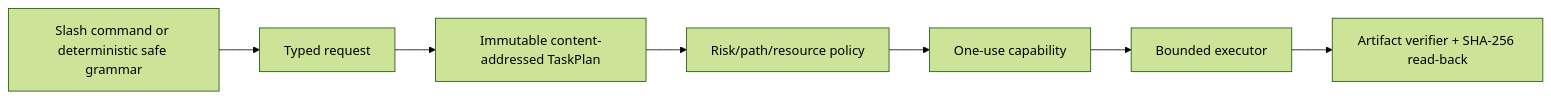
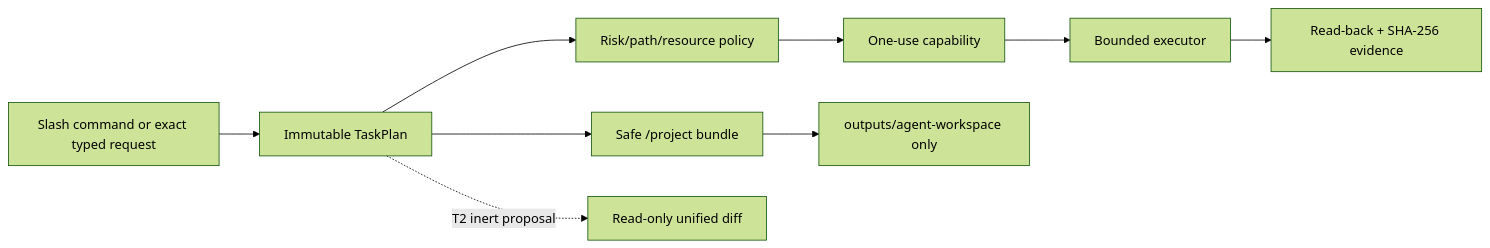
Before and after one commit to heosanghun/Cogni-OS-2.0: the third of 4 diagrams in docs/ARCHITECTURE.md, drawn with Mermaid (forest theme). The commit also changed other lines of this file and 64 other files, not shown here.

````diff
--- a/docs/ARCHITECTURE.md
+++ b/docs/ARCHITECTURE.md
@@ -116,12 +241,11 @@
 ```mermaid
 flowchart LR
-    TEXT["Slash command or deterministic safe grammar"]
-    REQUEST["Typed request"]
-    PLAN["Immutable content-addressed TaskPlan"]
-    POLICY["Risk/path/resource policy"]
-    TOKEN["One-use capability"]
-    RUN["Bounded executor"]
-    VERIFY["Artifact verifier + SHA-256 read-back"]
-
-    TEXT --> REQUEST --> PLAN --> POLICY --> TOKEN --> RUN --> VERIFY
+    REQUEST["Slash command or exact typed request"] --> PLAN["Immutable TaskPlan"]
+    PLAN --> POLICY["Risk/path/resource policy"]
+    POLICY --> TOKEN["One-use capability"]
+    TOKEN --> RUN["Bounded executor"]
+    RUN --> VERIFY["Read-back + SHA-256 evidence"]
+    PLAN --> PROJECT["Safe /project bundle"]
+    PROJECT --> OUTPUT["outputs/agent-workspace only"]
+    PLAN -. "T2 inert proposal" .-> DIFF["Read-only unified diff"]
 ```
````
